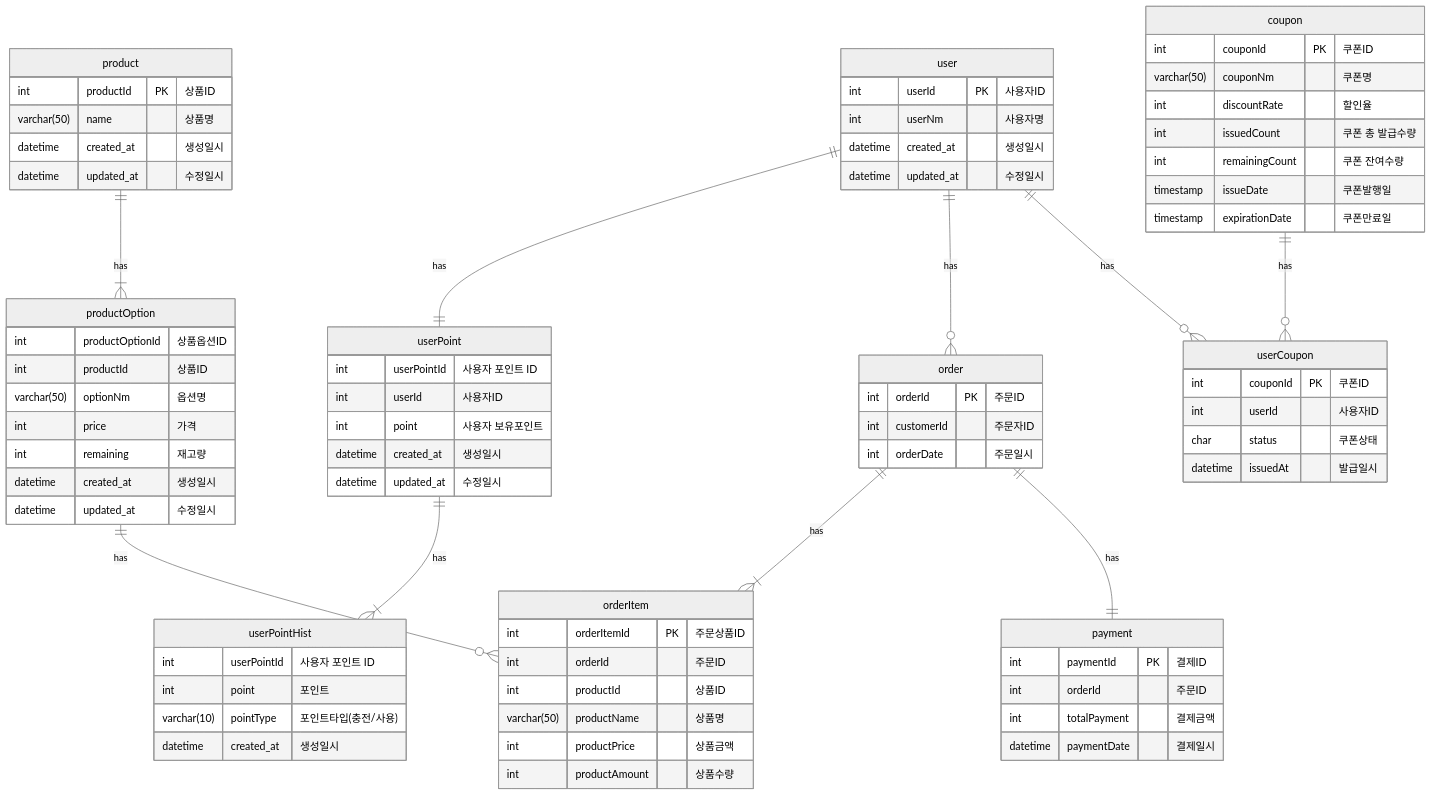
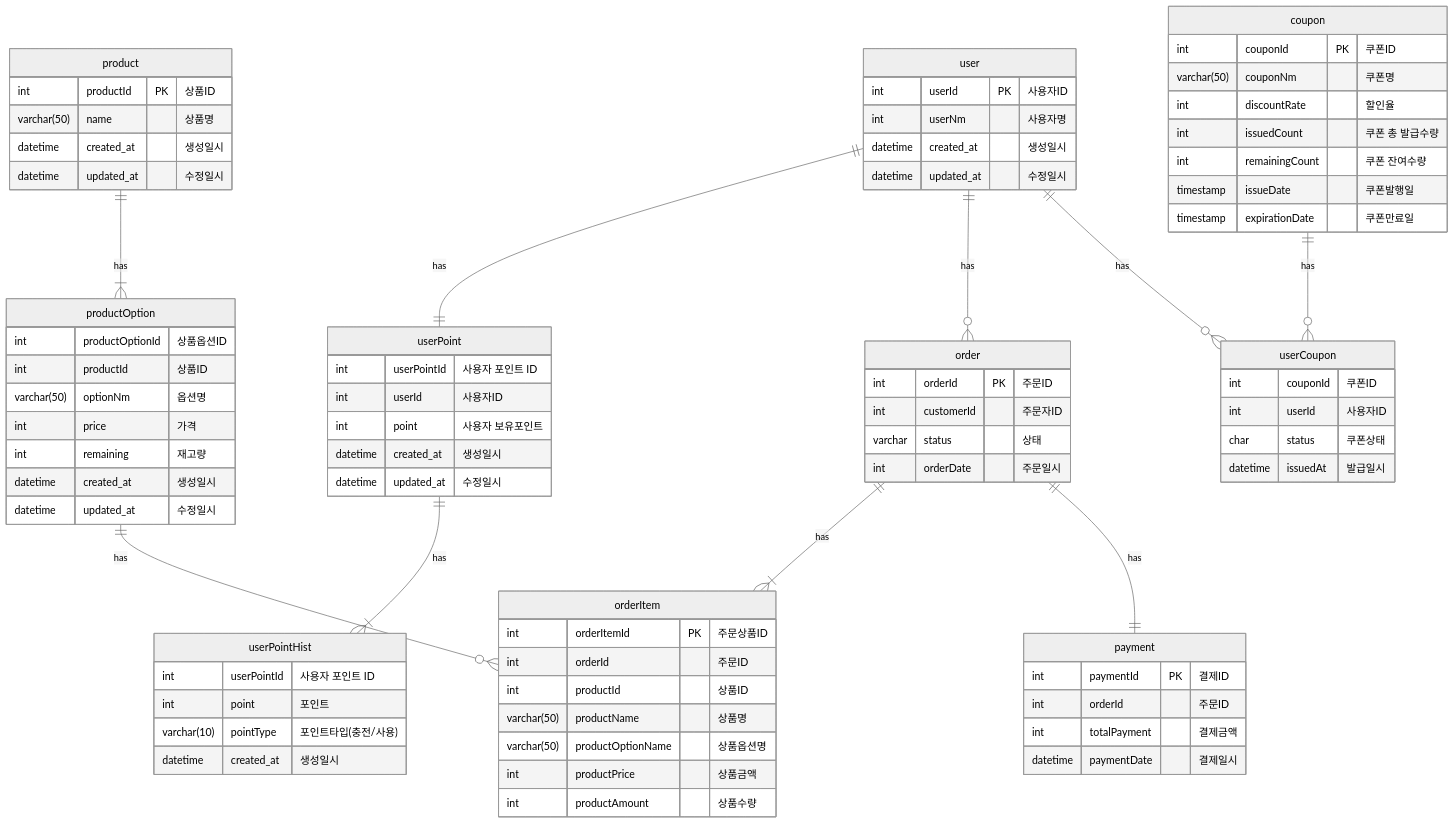
One commit to OO-b/E-commerce-system changed the diagram in docs/erd/Erd.md. Above: the diagram before and after it, drawn with Mermaid (neutral theme).

Commit message:
#8 ERD 수정 (주문상태추가, orderItem - 상품옵션명 추가)

````diff
--- a/docs/erd/Erd.md
+++ b/docs/erd/Erd.md
@@ -45,6 +45,7 @@
     order {
         int orderId PK "주문ID"
         int customerId "주문자ID"
+        varchar status "상태"
         int orderDate "주문일시"
     }
     
@@ -53,6 +54,7 @@
         int orderId "주문ID"
         int productId "상품ID"
         varchar(50) productName "상품명"
+        varchar(50) productOptionName "상품옵션명"
         int productPrice "상품금액"
         int productAmount "상품수량"
     }
@@ -73,9 +75,10 @@
         timestamp issueDate "쿠폰발행일"
         timestamp expirationDate "쿠폰만료일"
     }
-    
+
+
     userCoupon {
-        int couponId PK "쿠폰ID"
+        int couponId "쿠폰ID"
         int userId "사용자ID"
         char status "쿠폰상태"
         datetime issuedAt "발급일시"
@@ -91,4 +94,9 @@
     product ||--|{ productOption : has
     userPoint ||--|{ userPointHist : has
 
+
+
+
+
+
 ```
````
